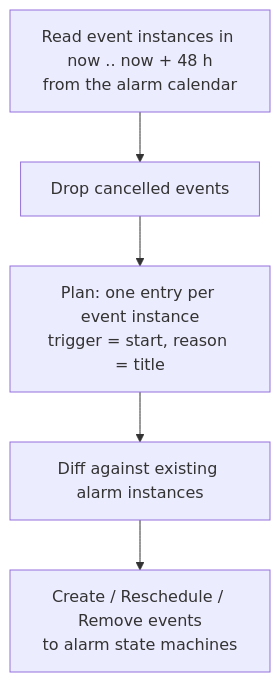
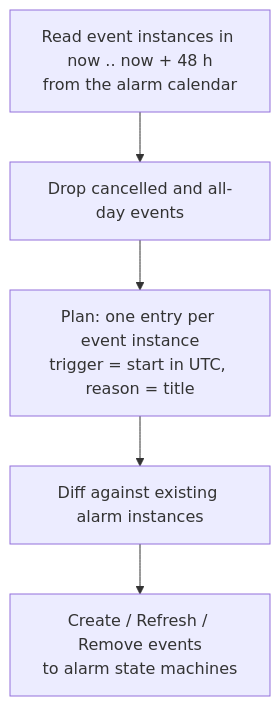
The second of 4 diagrams in docs/architecture.md (drehtuer/NextAlarmApp), drawn with Mermaid before and after one commit. The commit also changed other lines of this file and 35 other files, not shown here.

````diff
--- a/docs/architecture.md
+++ b/docs/architecture.md
@@ -118,7 +122,7 @@
 ```mermaid
 flowchart TD
-    A[Read event instances in now .. now + 48 h<br/>from the alarm calendar] --> B[Drop cancelled events]
-    B --> N[Plan: one entry per event instance<br/>trigger = start, reason = title]
+    A[Read event instances in now .. now + 48 h<br/>from the alarm calendar] --> B[Drop cancelled and all-day events]
+    B --> N[Plan: one entry per event instance<br/>trigger = start in UTC, reason = title]
     N --> O[Diff against existing alarm instances]
-    O --> P[Create / Reschedule / Remove events<br/>to alarm state machines]
+    O --> P[Create / Refresh / Remove events<br/>to alarm state machines]
 ```
````
